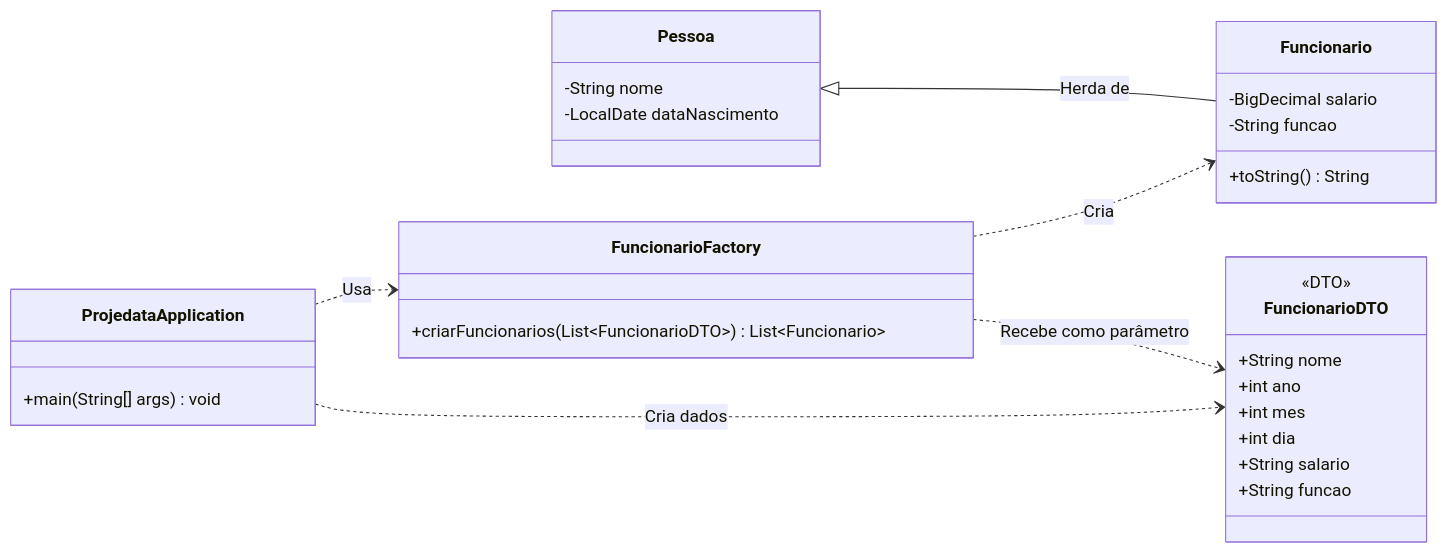
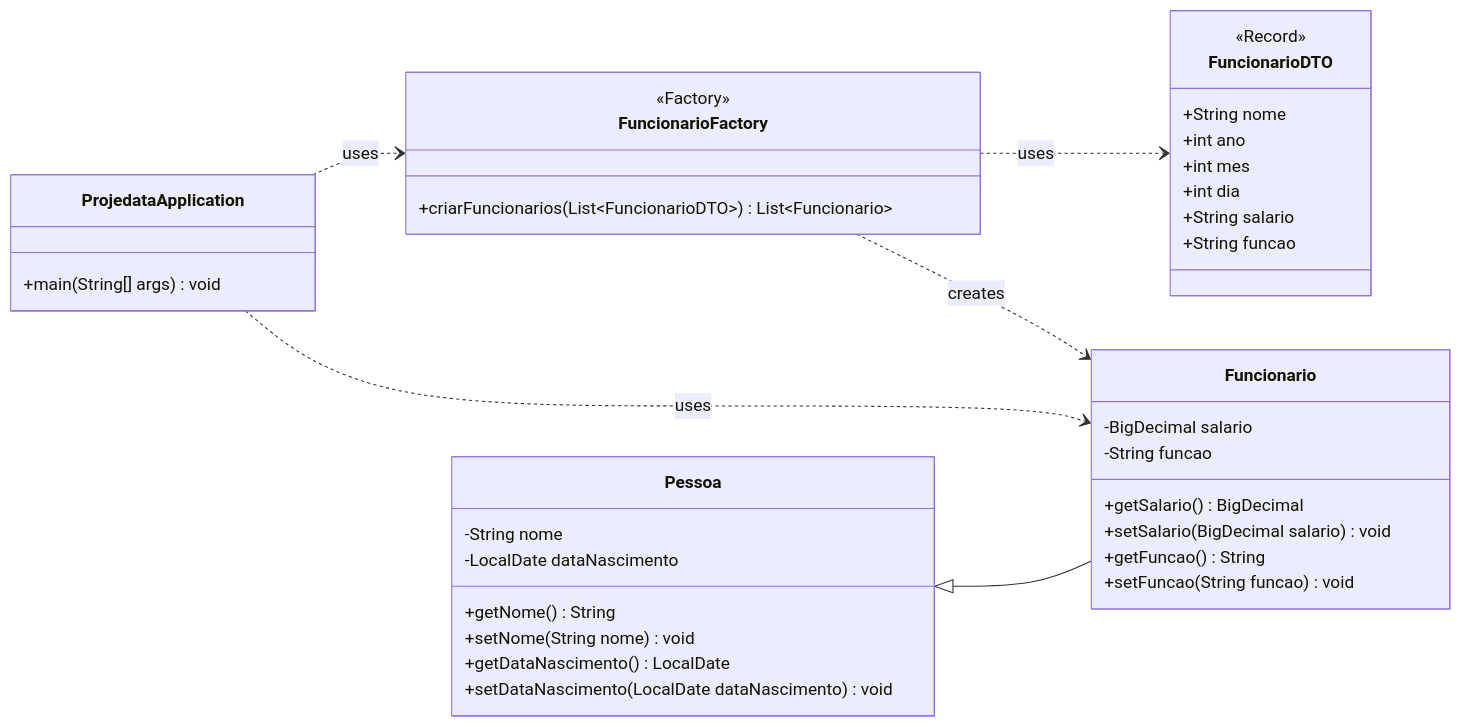
The diagram in README.md (ludson96/teste-pratico-projedata), drawn with Mermaid before and after one commit.

````diff
--- a/README.md
+++ b/README.md
@@ -22,39 +22,47 @@
 ```mermaid
 classDiagram
     direction LR
 
+    class ProjedataApplication {
+        +main(String[] args) void
+    }
+
+    class Pessoa {
+        -String nome
+        -LocalDate dataNascimento
+        +getNome() String
+        +setNome(String nome) void
+        +getDataNascimento() LocalDate
+        +setDataNascimento(LocalDate dataNascimento) void
+    }
+
+    class Funcionario {
+        -BigDecimal salario
+        -String funcao
+        +getSalario() BigDecimal
+        +setSalario(BigDecimal salario) void
+        +getFuncao() String
+        +setFuncao(String funcao) void
+    }
+
+    class FuncionarioFactory {
+        <<Factory>>
+        +criarFuncionarios(List~FuncionarioDTO~) List~Funcionario~
+    }
+
     class FuncionarioDTO {
-        <<DTO>>
+        <<Record>>
         +String nome
         +int ano
         +int mes
         +int dia
         +String salario
         +String funcao
     }
 
-    class Pessoa {
-        -String nome
-        -LocalDate dataNascimento
-    }
-
-    class Funcionario {
-        -BigDecimal salario
-        -String funcao
-        +toString() String
-    }
-
-    class FuncionarioFactory {
-        +criarFuncionarios(List~FuncionarioDTO~) List~Funcionario~
-    }
-
-    class ProjedataApplication {
-        +main(String[] args) void
-    }
-
-    Pessoa <|-- Funcionario : Herda de
-    ProjedataApplication ..> FuncionarioDTO : Cria dados
-    ProjedataApplication ..> FuncionarioFactory : Usa
-    FuncionarioFactory ..> FuncionarioDTO : Recebe como parâmetro
-    FuncionarioFactory ..> Funcionario : Cria
+    Pessoa <|-- Funcionario
+    ProjedataApplication ..> FuncionarioFactory : uses
+    ProjedataApplication ..> Funcionario : uses
+    FuncionarioFactory ..> FuncionarioDTO : uses
+    FuncionarioFactory ..> Funcionario : creates
 ```
````
